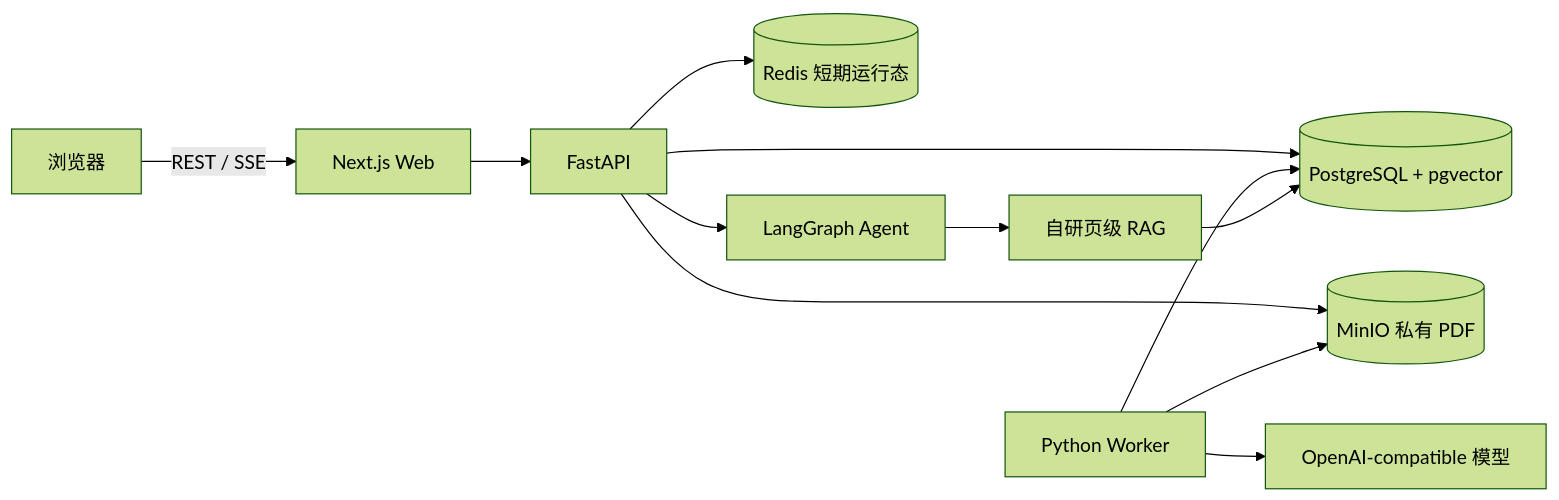
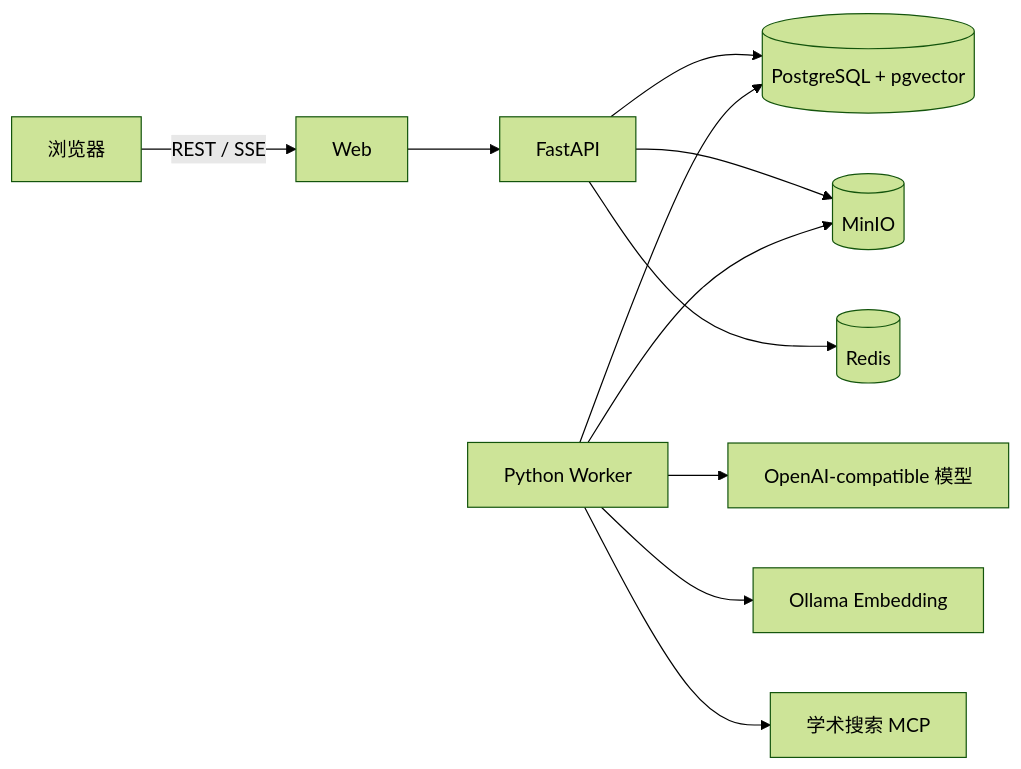
Before and after one commit to FrostWane/PaperLeaf: the diagram in README.md, drawn with Mermaid (forest theme). The commit also changed other lines of this file, not shown here.

````diff
--- a/README.md
+++ b/README.md
@@ -279,14 +77,13 @@
 ```mermaid
 flowchart LR
-    U["浏览器"] -->|"REST / SSE"| W["Next.js Web"]
+    B["浏览器"] -->|"REST / SSE"| W["Web"]
     W --> A["FastAPI"]
     A --> P[("PostgreSQL + pgvector")]
-    A --> M[("MinIO 私有 PDF")]
-    A --> C[("Redis 短期运行态")]
-    A --> G["LangGraph Agent"]
+    A --> M[("MinIO")]
+    A --> R[("Redis")]
     Q["Python Worker"] --> P
     Q --> M
     Q --> L["OpenAI-compatible 模型"]
-    G --> R["自研页级 RAG"]
-    R --> P
+    Q --> O["Ollama Embedding"]
+    Q --> X["学术搜索 MCP"]
 ```
````
